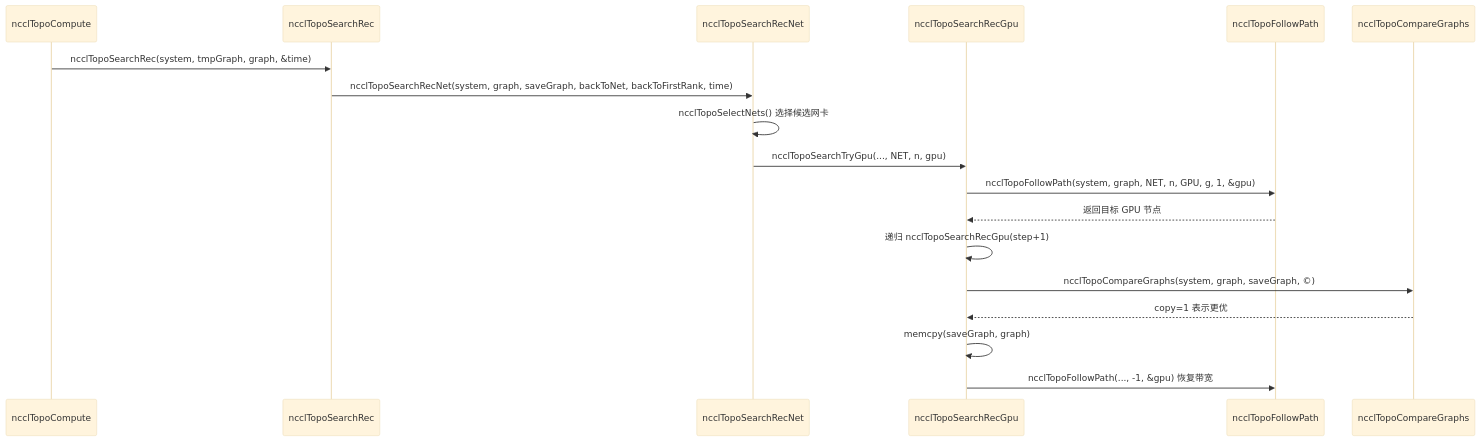
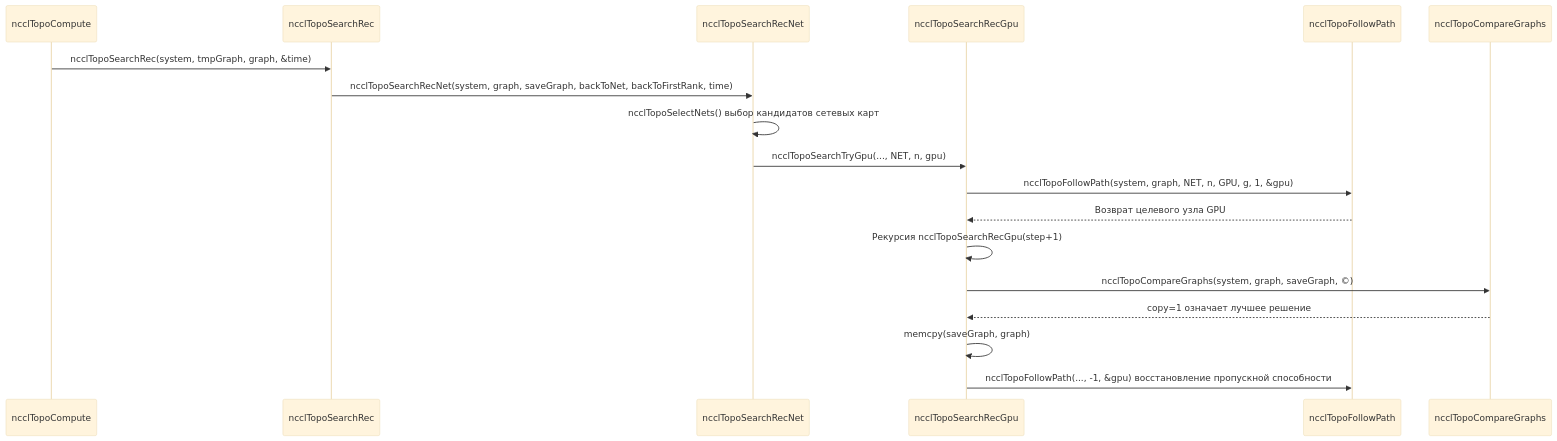
One commit to maleRjc/AiReadCodeBooks changed the second of 2 diagrams in books/nccl/ru/04-topology-discovery-and-graph-search.md. Above: the diagram before and after it, drawn with Mermaid (base theme). The commit also changed other lines of this file and 74 other files, not shown here.

````diff
--- a/books/nccl/ru/04-topology-discovery-and-graph-search.md
+++ b/books/nccl/ru/04-topology-discovery-and-graph-search.md
@@ -570,21 +572,21 @@
 ```mermaid
 sequenceDiagram
     participant Init as ncclTopoCompute
     participant Search as ncclTopoSearchRec
     participant Net as ncclTopoSearchRecNet
     participant Gpu as ncclTopoSearchRecGpu
     participant Follow as ncclTopoFollowPath
     participant Compare as ncclTopoCompareGraphs
 
     Init->>Search: ncclTopoSearchRec(system, tmpGraph, graph, &time)
     Search->>Net: ncclTopoSearchRecNet(system, graph, saveGraph, backToNet, backToFirstRank, time)
-    Net->>Net: ncclTopoSelectNets() 选择候选网卡
+    Net->>Net: ncclTopoSelectNets() выбор кандидатов сетевых карт
     Net->>Gpu: ncclTopoSearchTryGpu(..., NET, n, gpu)
     Gpu->>Follow: ncclTopoFollowPath(system, graph, NET, n, GPU, g, 1, &gpu)
-    Follow-->>Gpu: 返回目标 GPU 节点
-    Gpu->>Gpu: 递归 ncclTopoSearchRecGpu(step+1)
+    Follow-->>Gpu: Возврат целевого узла GPU
+    Gpu->>Gpu: Рекурсия ncclTopoSearchRecGpu(step+1)
     Gpu->>Compare: ncclTopoCompareGraphs(system, graph, saveGraph, ©)
-    Compare-->>Gpu: copy=1 表示更优
+    Compare-->>Gpu: copy=1 означает лучшее решение
     Gpu->>Gpu: memcpy(saveGraph, graph)
-    Gpu->>Follow: ncclTopoFollowPath(..., -1, &gpu) 恢复带宽
+    Gpu->>Follow: ncclTopoFollowPath(..., -1, &gpu) восстановление пропускной способности
 ```
````
